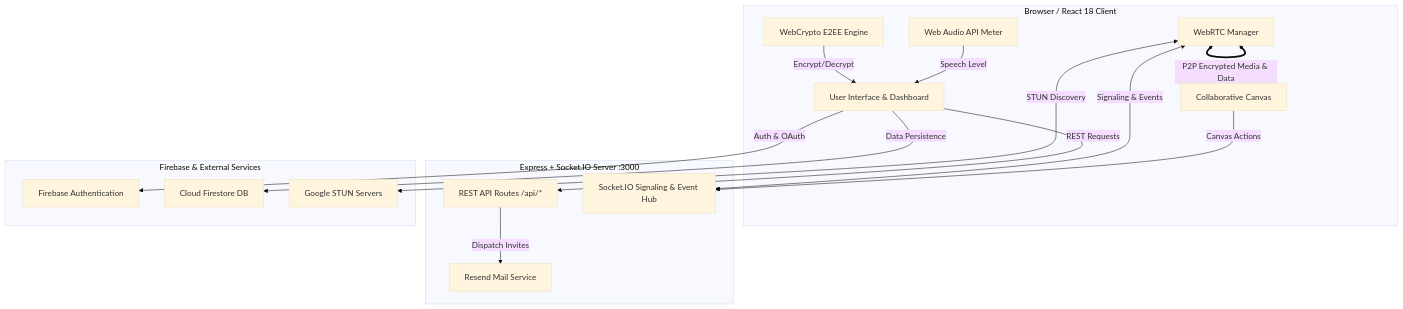
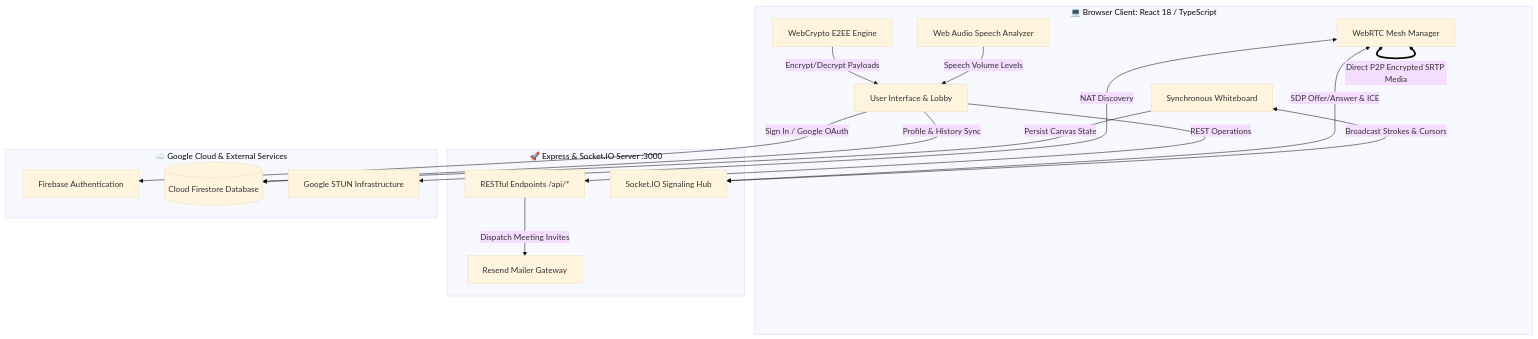
The second of 2 diagrams in README.md (engMahmoudSalah/CodeAlpha_Real-Time-Communication-App), drawn with Mermaid (base theme) before and after one commit. The commit also changed other lines of this file, not shown here.

````diff
--- a/README.md
+++ b/README.md
@@ -75,33 +103,34 @@
 ```mermaid
 graph TB
-    subgraph Client [Browser / React 18 Client]
-        UI[User Interface & Dashboard]
-        RTC[WebRTC Manager]
-        Audio[Web Audio API Meter]
+    subgraph Client [💻 Browser Client: React 18 / TypeScript]
+        UI[User Interface & Lobby]
+        RTC[WebRTC Mesh Manager]
+        Audio[Web Audio Speech Analyzer]
         Crypto[WebCrypto E2EE Engine]
-        Whiteboard[Collaborative Canvas]
+        Canvas[Synchronous Whiteboard]
     end
 
-    subgraph BackendServer [Express + Socket.IO Server :3000]
-        API[REST API Routes /api/*]
-        Signaling[Socket.IO Signaling & Event Hub]
-        Mailer[Resend Mail Service]
+    subgraph Server [🚀 Express & Socket.IO Server :3000]
+        API[RESTful Endpoints /api/*]
+        Signaling[Socket.IO Signaling Hub]
+        Mailer[Resend Mailer Gateway]
     end
 
-    subgraph CloudServices [Firebase & External Services]
+    subgraph Cloud [☁️ Google Cloud & External Services]
         FirebaseAuth[Firebase Authentication]
-        Firestore[Cloud Firestore DB]
-        STUN[Google STUN Servers]
+        Firestore[(Cloud Firestore Database)]
+        STUN[Google STUN Infrastructure]
     end
 
-    UI -->|Auth & OAuth| FirebaseAuth
-    UI -->|Data Persistence| Firestore
-    UI -->|REST Requests| API
-    RTC <-->|Signaling & Events| Signaling
-    RTC <-->|STUN Discovery| STUN
-    Crypto -->|Encrypt/Decrypt| UI
-    Audio -->|Speech Level| UI
-    Whiteboard -->|Canvas Actions| Signaling
-    API -->|Dispatch Invites| Mailer
-    RTC <==>|P2P Encrypted Media & Data| RTC
+    UI -->|Sign In / Google OAuth| FirebaseAuth
+    UI -->|Profile & History Sync| Firestore
+    UI -->|REST Operations| API
+    RTC <-->|SDP Offer/Answer & ICE| Signaling
+    RTC <-->|NAT Discovery| STUN
+    Crypto -->|Encrypt/Decrypt Payloads| UI
+    Audio -->|Speech Volume Levels| UI
+    Canvas <-->|Broadcast Strokes & Cursors| Signaling
+    Canvas -->|Persist Canvas State| Firestore
+    API -->|Dispatch Meeting Invites| Mailer
+    RTC <===>|Direct P2P Encrypted SRTP Media| RTC
 ```
````
